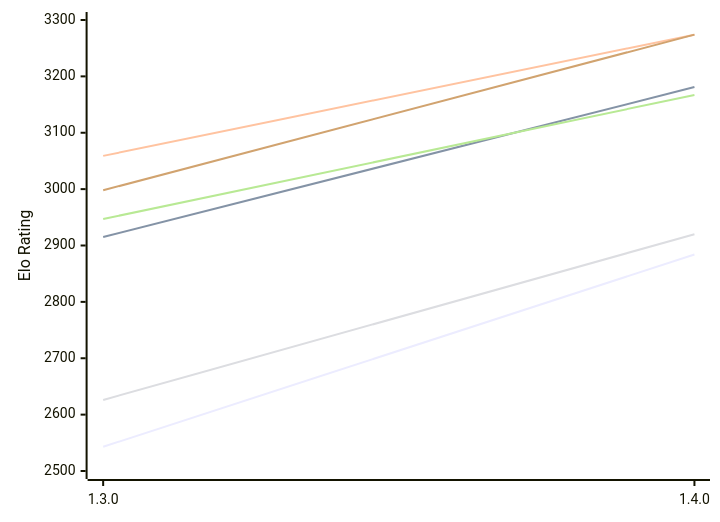
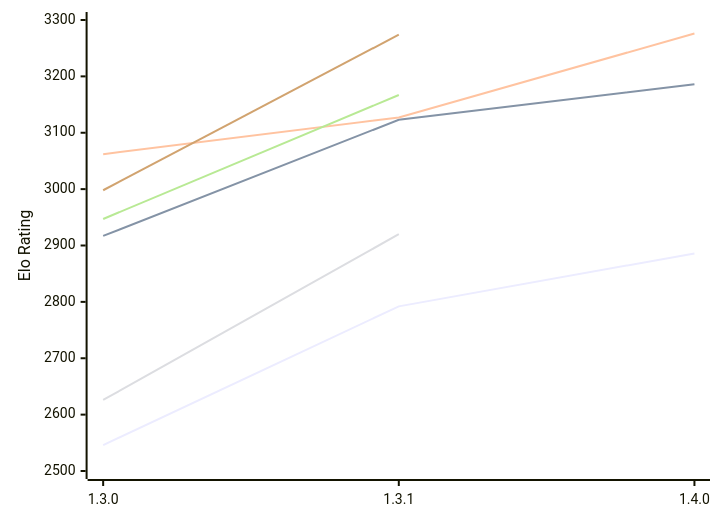
One commit to computer-chess-index/cci changed the first of 2 diagrams in engines/Ember.md. Above: the diagram before and after it, drawn with Mermaid. The commit also changed other lines of this file, not shown here.

Commit message:
Update CCI Ratings (ELO VLTC) - 2026-11-22

````diff
--- a/engines/Ember.md
+++ b/engines/Ember.md
@@ -51,12 +52,12 @@
 ```mermaid
 %%{init: {"theme":"base","themeVariables":{"seriesColors:['#a3a3a3','#222221','#faa371']}}}%%
 xychart-beta
-  x-axis ["1.3.0", "1.4.0"]
+  x-axis ["1.3.0", "1.3.1", "1.4.0"]
   y-axis "Elo Rating" 2500 --> 3300
-  line "E1: STC (8.0+0.08s)" [2543, 2884]
-  line "E1: LTC (60.0+0.60s)" [2915, 3181]
-  line "E1: VLTC (2m24s+1.12s)" [3059, 3274]
+  line "E1: STC (8.0+0.08s)" [2546, 2792, 2886]
+  line "E1: LTC (60.0+0.60s)" [2917, 3123, 3186]
+  line "E1: VLTC (2m24s+1.12s)" [3062, 3127, 3276]
   line "P1: STC (8.0+0.08s)" [2626, 2920]
   line "P1: LTC (60.0+0.60s)" [2947, 3167]
   line "P1: VLTC (2m24s+1.12s)" [2998, 3274]
 ```
````
